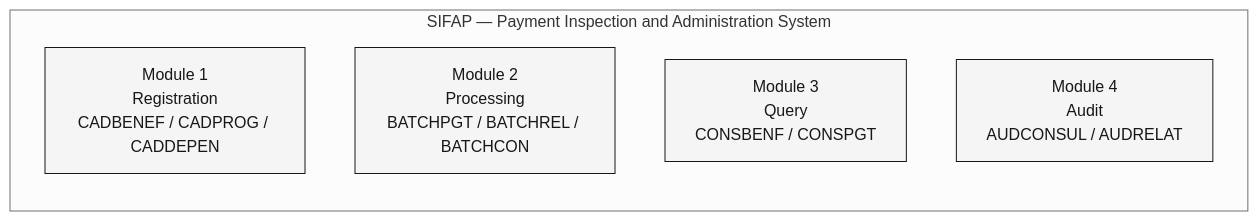
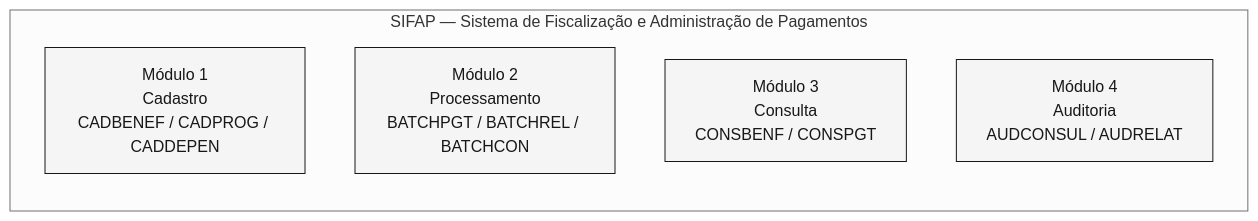
The first of 6 diagrams in 01-archaeology/legacy-sifap/legacy-docs/ORIGINAL-ARCHITECTURE-1997.md (serpro-workshop-floripa/sifap-workshop-paula-00), drawn with Mermaid before and after one commit. The commit also changed other lines of this file and 19 other files, not shown here.

````diff
--- a/01-archaeology/legacy-sifap/legacy-docs/ORIGINAL-ARCHITECTURE-1997.md
+++ b/01-archaeology/legacy-sifap/legacy-docs/ORIGINAL-ARCHITECTURE-1997.md
@@ -99,13 +99,13 @@
 ```mermaid
 %%{init: {'theme':'neutral','themeVariables':{'fontFamily':'ui-sans-serif, system-ui, sans-serif','primaryColor':'#F5F5F5','primaryTextColor':'#171717','primaryBorderColor':'#171717','lineColor':'#525252','secondaryColor':'#FFFFFF','tertiaryColor':'#FAFAFA','background':'#FFFFFF'}}}%%
 flowchart LR
     classDef step fill:#F5F5F5,stroke:#171717,color:#171717
     classDef muted fill:#FAFAFA,stroke:#A3A3A3,color:#404040
 
-    subgraph SIFAP["SIFAP — Payment Inspection and Administration System"]
-        M1["Module 1<br/>Registration<br/>CADBENEF / CADPROG / CADDEPEN"]:::step
-        M2["Module 2<br/>Processing<br/>BATCHPGT / BATCHREL / BATCHCON"]:::step
-        M3["Module 3<br/>Query<br/>CONSBENF / CONSPGT"]:::step
-        M4["Module 4<br/>Audit<br/>AUDCONSUL / AUDRELAT"]:::step
+    subgraph SIFAP["SIFAP — Sistema de Fiscalização e Administração de Pagamentos"]
+        M1["Módulo 1<br/>Cadastro<br/>CADBENEF / CADPROG / CADDEPEN"]:::step
+        M2["Módulo 2<br/>Processamento<br/>BATCHPGT / BATCHREL / BATCHCON"]:::step
+        M3["Módulo 3<br/>Consulta<br/>CONSBENF / CONSPGT"]:::step
+        M4["Módulo 4<br/>Auditoria<br/>AUDCONSUL / AUDRELAT"]:::step
     end
 ```
````
